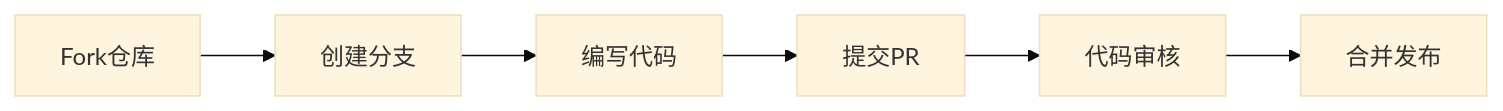
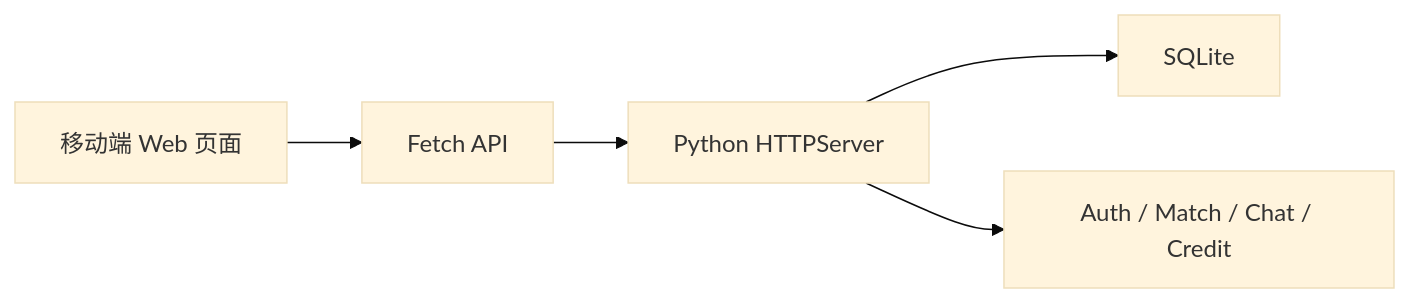
Before and after one commit to MMDXTMM/Campus-partners: the diagram in README.md, drawn with Mermaid (base theme). The commit also changed other lines of this file and 1 other file, not shown here.

````diff
--- a/README.md
+++ b/README.md
@@ -197,8 +78,7 @@
 ```mermaid
-graph LR
-    A[Fork仓库] --> B[创建分支]
-    B --> C[编写代码]
-    C --> D[提交PR]
-    D --> E[代码审核]
-    E --> F[合并发布]
+flowchart LR
+    A["移动端 Web 页面"] --> B["Fetch API"]
+    B --> C["Python HTTPServer"]
+    C --> D["SQLite"]
+    C --> E["Auth / Match / Chat / Credit"]
 ```
````
